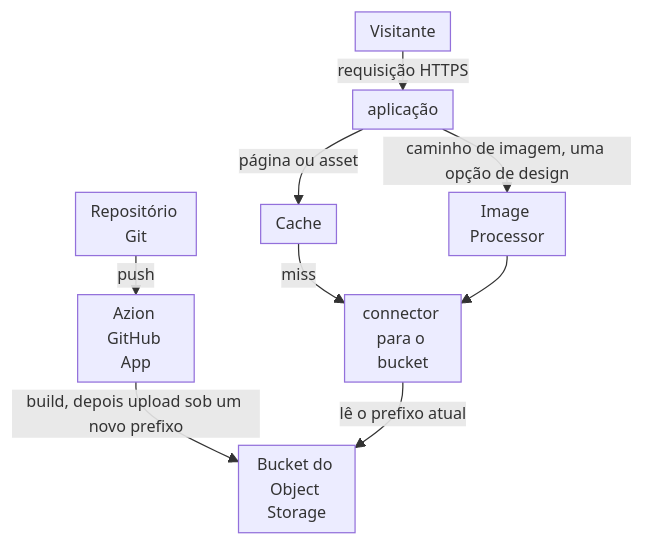
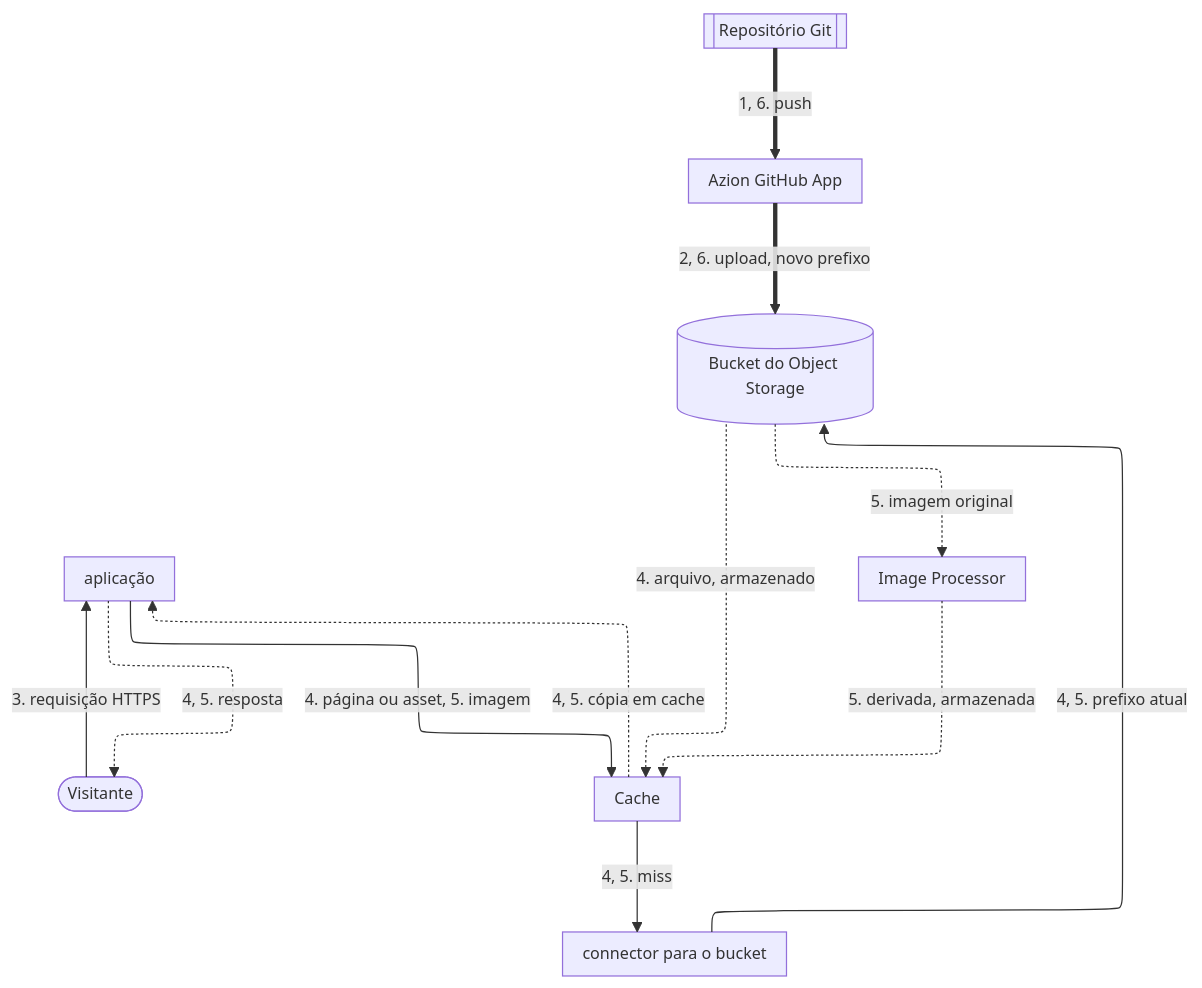
One commit to aziontech/docs changed the diagram in apps/docs/src/content/docs/pt-br/pages/arquiteturas/jamstack/jamstack.mdx. Above: the diagram before and after it, drawn with Mermaid. The commit also changed other lines of this file and 179 other files, not shown here.

Commit message:
docs(diagrams): redraw every other diagram in the use-case diagram style (#2513)

````diff
--- a/apps/docs/src/content/docs/pt-br/pages/arquiteturas/jamstack/jamstack.mdx
+++ b/apps/docs/src/content/docs/pt-br/pages/arquiteturas/jamstack/jamstack.mdx
@@ -18,12 +20,23 @@
 ```mermaid
-%%{init: {"layout": "dagre", "themeVariables": {"fontSize": "13px"}, "flowchart": {"nodeSpacing": 12, "rankSpacing": 12, "padding": 6, "wrappingWidth": 70, "minNodeWidth": 40, "useMaxWidth": true}}}%%
+%%{init: {"layout": "elk", "elk": {"cycleBreakingStrategy": "MODEL_ORDER"}, "themeVariables": {"fontSize": "13px"}, "flowchart": {"nodeSpacing": 24, "rankSpacing": 36, "padding": 8, "wrappingWidth": 150, "useMaxWidth": true}, "sequence": {"width": 120, "actorMargin": 30, "useMaxWidth": true}}}%%
 flowchart TD
-  Repo["Repositório Git"] -->|"push"| GH["Azion GitHub App"]
-  GH -->|"build, depois upload sob um novo prefixo"| Bucket["Bucket do Object Storage"]
-  Visitor["Visitante"] -->|"requisição HTTPS"| App["aplicação"]
-  App -->|"página ou asset"| Cache["Cache"]
-  App -->|"caminho de imagem, uma opção de design"| IP["Image Processor"]
-  Cache -->|"miss"| Connector["connector para o bucket"]
-  IP --> Connector
-  Connector -->|"lê o prefixo atual"| Bucket
+  Visitor(["Visitante"])
+  App["aplicação"]
+  Cache["Cache"]
+  Connector["connector para o bucket"]
+  IP["Image Processor"]
+  Repo[["Repositório Git"]]
+  GH["Azion GitHub App"]
+  Bucket[("Bucket do Object Storage")]
+  Visitor -->|"3. requisição HTTPS"| App
+  App -->|"4. página ou asset, 5. imagem"| Cache
+  Cache -->|"4, 5. miss"| Connector
+  Connector -->|"4, 5. prefixo atual"| Bucket
+  Bucket -.->|"4. arquivo, armazenado"| Cache
+  Bucket -.->|"5. imagem original"| IP
+  IP -.->|"5. derivada, armazenada"| Cache
+  Cache -.->|"4, 5. cópia em cache"| App
+  App -.->|"4, 5. resposta"| Visitor
+  Repo ==>|"1, 6. push"| GH
+  GH ==>|"2, 6. upload, novo prefixo"| Bucket
 ```
````
